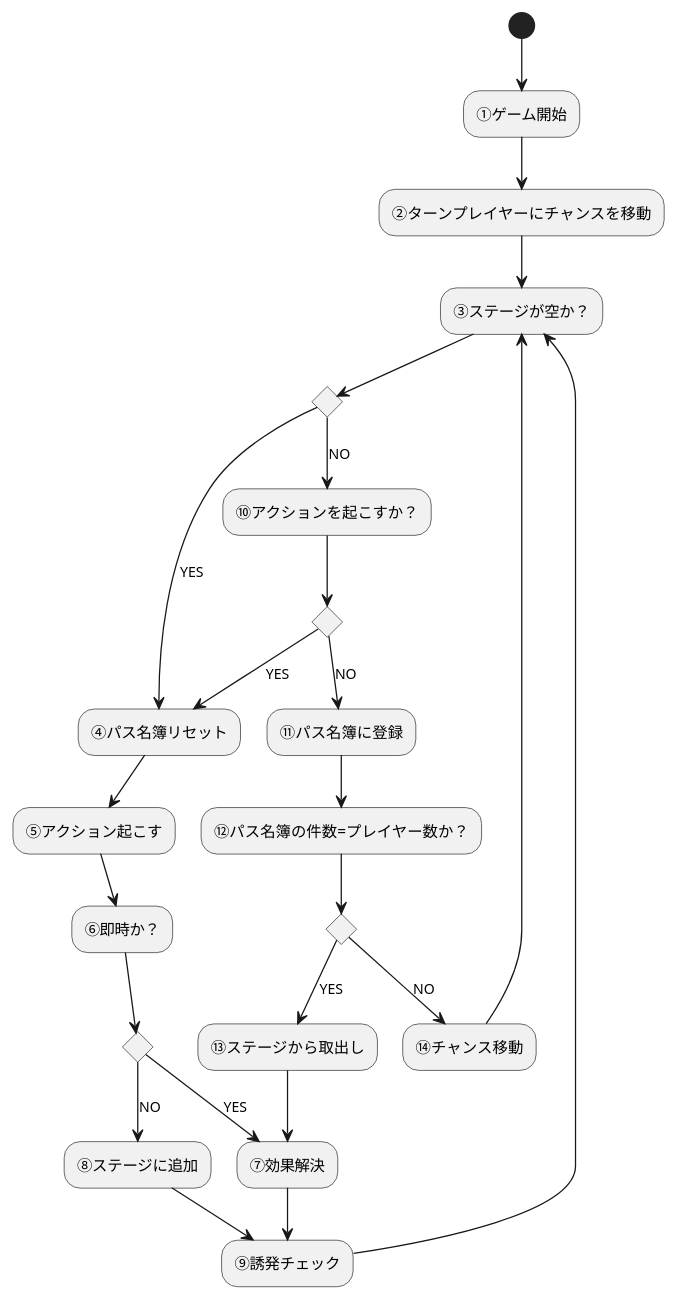
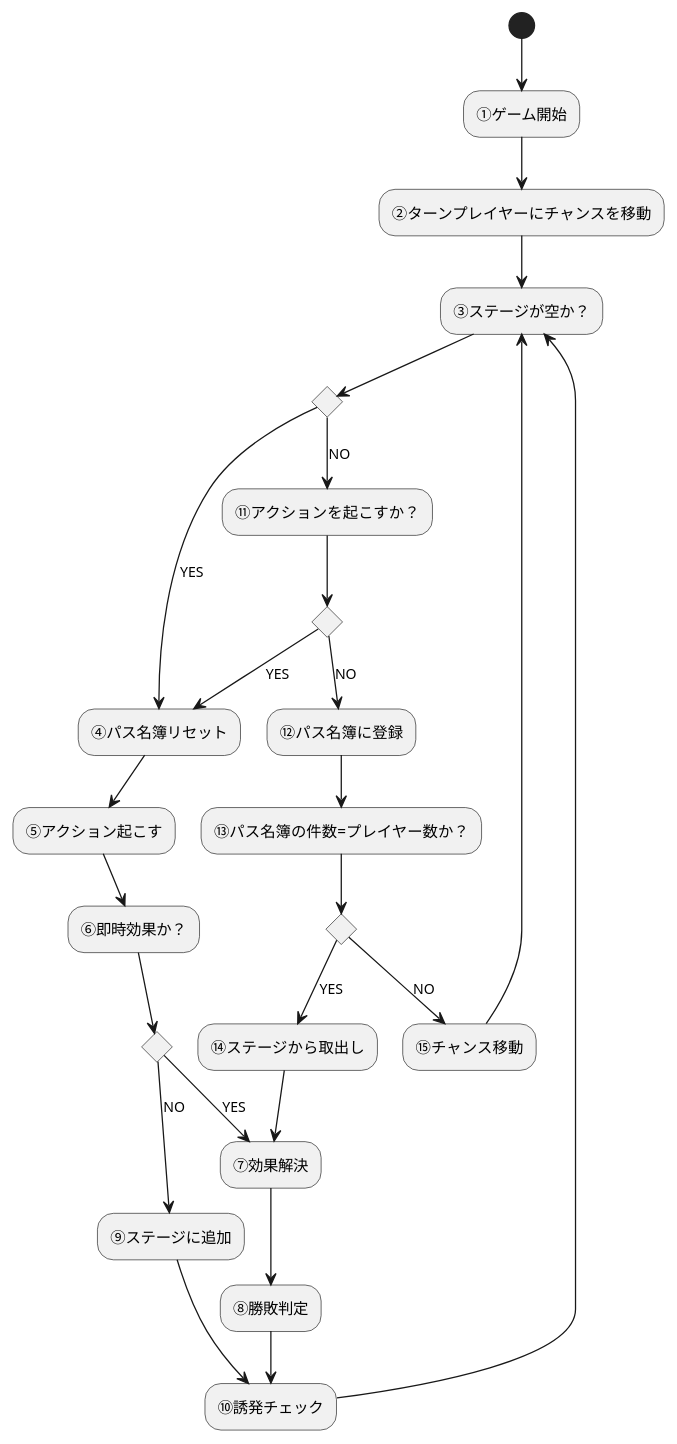
The diagram in source/core/coreflow.puml (BlackPoker/BlackPoker), drawn with PlantUML before and after one commit. The commit also changed 3 other files, not shown here.

```diff
--- a/source/core/coreflow.puml
+++ b/source/core/coreflow.puml
@@ -1,34 +1,35 @@
 @startuml
 (*) --> "①ゲーム開始"
 --> "②ターンプレイヤーにチャンスを移動"
 -->"③ステージが空か？"
 
 if "" then
     -->[YES] "④パス名簿リセット"
     --> "⑤アクション起こす"
-    --> "⑥即時か？"
+    --> "⑥即時効果か？"
     if "" then
         -->[YES] "⑦効果解決"
-        --> "⑨誘発チェック"
+        --> "⑧勝敗判定"
+        --> "⑩誘発チェック"
     else
-        -->[NO] "⑧ステージに追加"
-        --> "⑨誘発チェック"
+        -->[NO] "⑨ステージに追加"
+        --> "⑩誘発チェック"
     endif
     --> "③ステージが空か？"
 else
-    -->[NO] "⑩アクションを起こすか？"
+    -->[NO] "⑪アクションを起こすか？"
     if "" then
         -->[YES] "④パス名簿リセット"
     else
-        --> [NO] "⑪パス名簿に登録"
-        --> "⑫パス名簿の件数=プレイヤー数か？"
+        --> [NO] "⑫パス名簿に登録"
+        --> "⑬パス名簿の件数=プレイヤー数か？"
         if "" then
-            -->[YES] ”⑬ステージから取出し”
+            -->[YES] ”⑭ステージから取出し”
             --> "⑦効果解決"
         else
-            --> [NO] "⑭チャンス移動"
+            --> [NO] "⑮チャンス移動"
             --> "③ステージが空か？"
         endif
     endif
 endif
 @enduml
```
